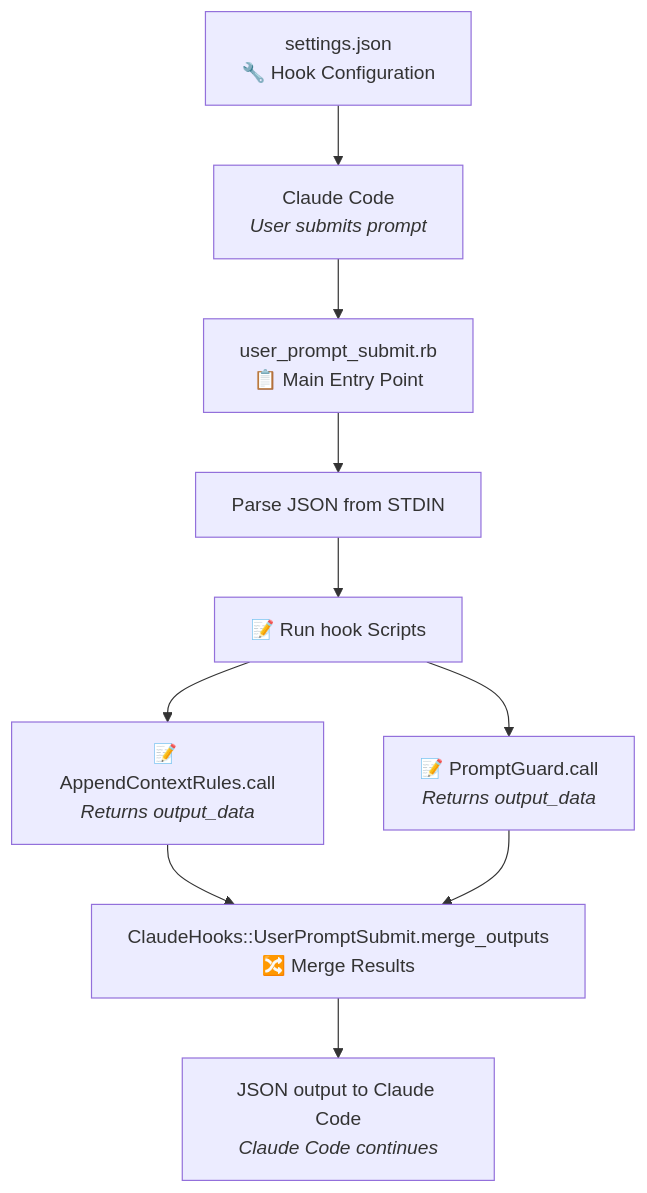
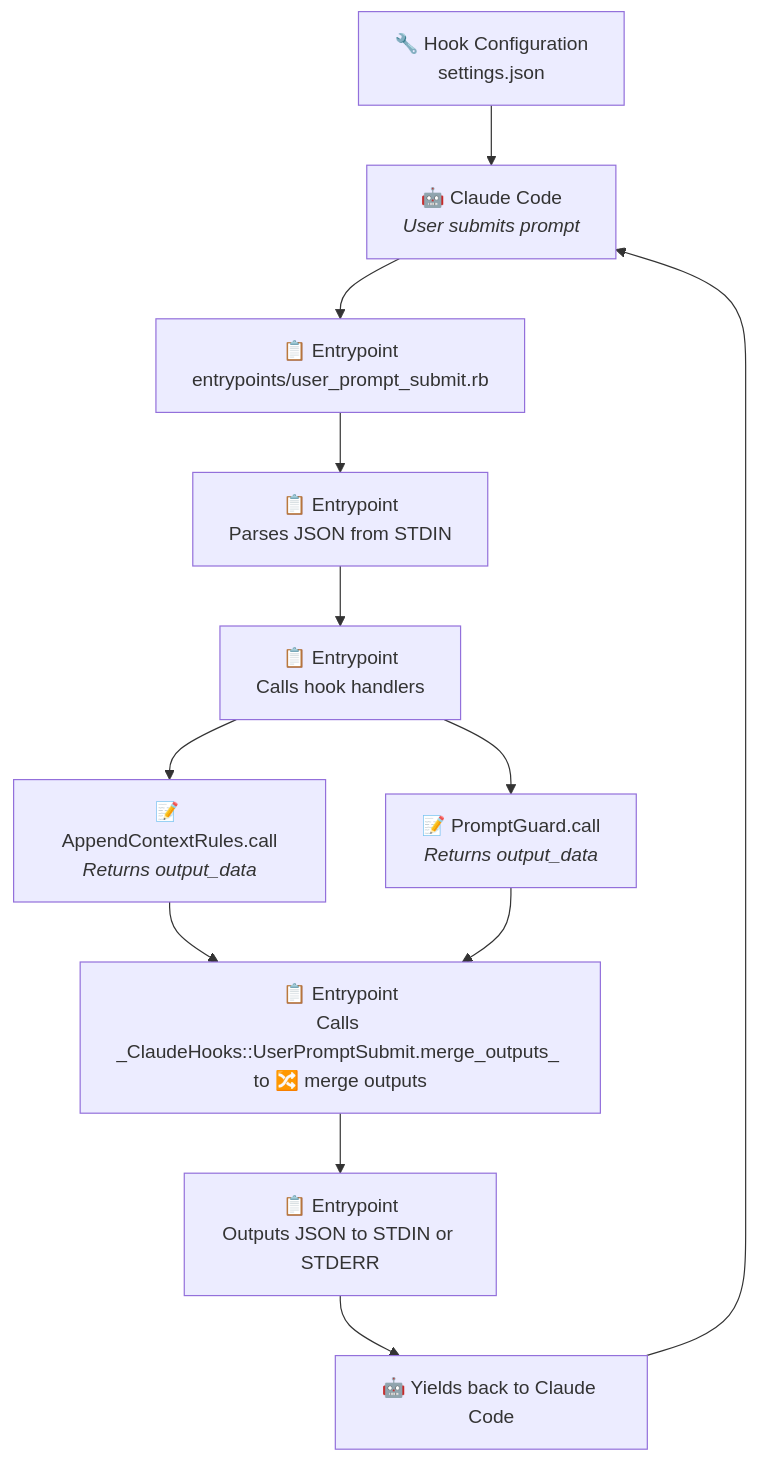
The second of 2 diagrams in README.md (gabriel-dehan/claude_hooks), drawn with Mermaid before and after one commit. The commit also changed other lines of this file and 6 other files, not shown here.

````diff
--- a/README.md
+++ b/README.md
@@ -246,21 +263,18 @@
 ```mermaid
 graph TD
-  A["settings.json<br/>🔧 Hook Configuration"] --> B
-  B[Claude Code<br/><em>User submits prompt</em>] --> C["user_prompt_submit.rb<br/>📋 Main Entry Point"]
+  A[🔧 Hook Configuration<br/>settings.json] --> B
+  B[🤖 Claude Code<br/><em>User submits prompt</em>] --> C[📋 Entrypoint<br />entrypoints/user_prompt_submit.rb]
 
-  C --> D["Parse JSON from STDIN"]
-  D --> E["📝 Run hook Scripts"]
+  C --> D[📋 Entrypoint<br />Parses JSON from STDIN]
+  D --> E[📋 Entrypoint<br />Calls hook handlers]
 
-  E --> F["📝 AppendContextRules.call<br/><em>Returns output_data</em>"]
-  E --> G["📝 PromptGuard.call<br/><em>Returns output_data</em>"]
+  E --> F[📝 AppendContextRules.call<br/><em>Returns output_data</em>]
+  E --> G[📝 PromptGuard.call<br/><em>Returns output_data</em>]
 
-  F --> J["ClaudeHooks::UserPromptSubmit.merge_outputs<br/>🔀 Merge Results"]
+  F --> J[📋 Entrypoint<br />Calls _ClaudeHooks::UserPromptSubmit.merge_outputs_ to 🔀 merge outputs]
   G --> J
 
-  J --> K["JSON output to Claude Code<br/><em>Claude Code continues</em>"]
-
-  style A fill:#e1f5fe stroke:#000
-  style C fill:#e8f5e8 stroke:#000
-  style J fill:#fff3e0 stroke:#000
-  style K fill:#e1f5fe stroke:#000
+  J --> K[📋 Entrypoint<br />Outputs JSON to STDIN or STDERR]
+  K --> L[🤖 Yields back to Claude Code]
+  L --> B
 ```
````
